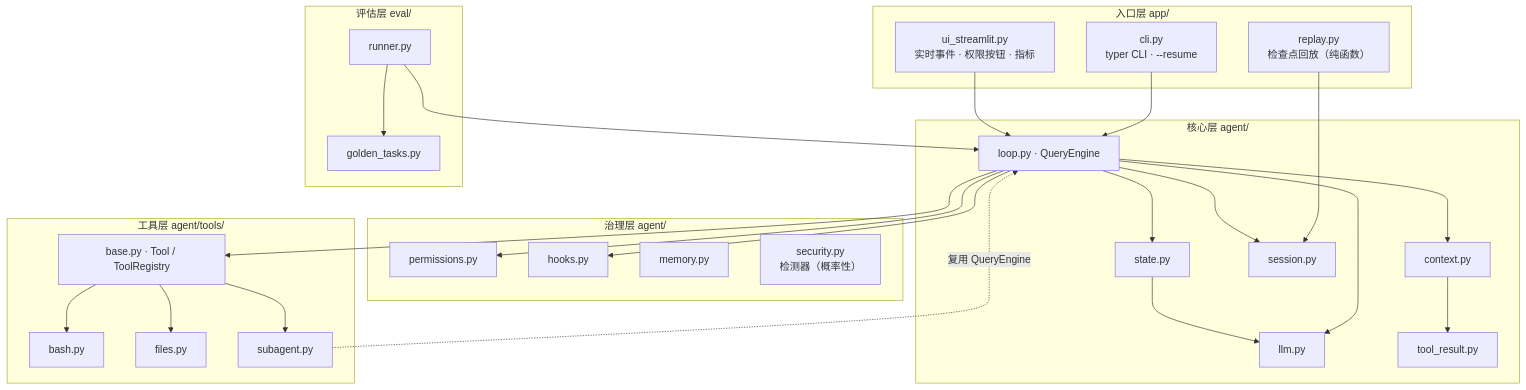
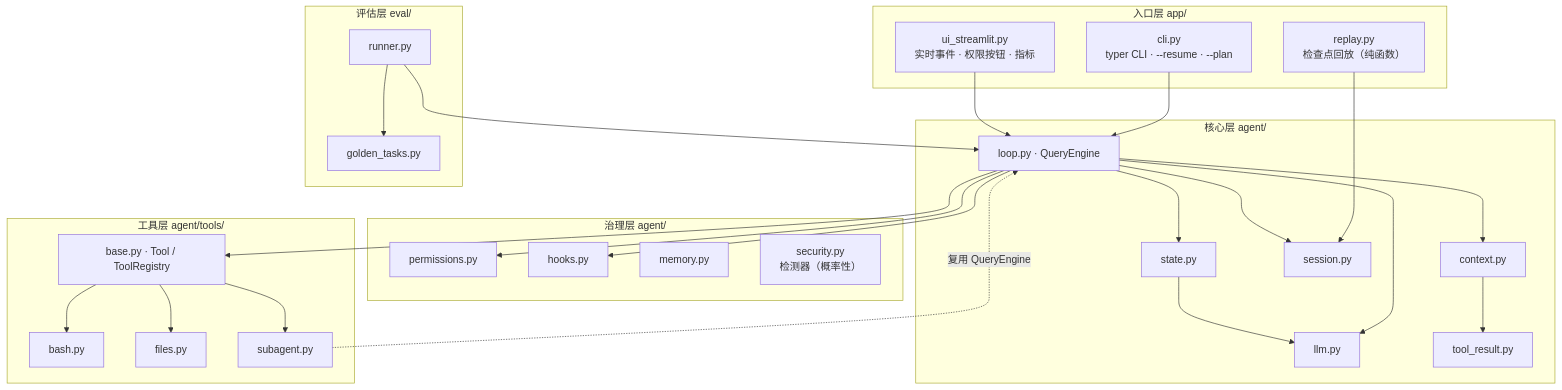
One commit to Goat-Donk/mini-coding changed the first of 8 diagrams in docs/architecture.md. Above: the diagram before and after it, drawn with Mermaid. The commit also changed other lines of this file and 7 other files, not shown here.

````diff
--- a/docs/architecture.md
+++ b/docs/architecture.md
@@ -16,55 +16,55 @@
 ```mermaid
 flowchart TB
     subgraph ENTRY["入口层 app/"]
-        CLI["cli.py<br/>typer CLI · --resume"]
+        CLI["cli.py<br/>typer CLI · --resume · --plan"]
         UI["ui_streamlit.py<br/>实时事件 · 权限按钮 · 指标"]
         RP["replay.py<br/>检查点回放（纯函数）"]
     end
 
     subgraph CORE["核心层 agent/"]
         LOOP["loop.py · QueryEngine"]
         LLM["llm.py"]
         STATE["state.py"]
         CTX["context.py"]
         TR["tool_result.py"]
         SESS["session.py"]
     end
 
     subgraph GOV["治理层 agent/"]
         PERM["permissions.py"]
         HOOK["hooks.py"]
         MEM["memory.py"]
         SEC["security.py<br/>检测器（概率性）"]
     end
 
     subgraph TOOLS["工具层 agent/tools/"]
         BASE["base.py · Tool / ToolRegistry"]
         BASH["bash.py"]
         FILES["files.py"]
         SUB["subagent.py"]
     end
 
     subgraph EVAL["评估层 eval/"]
         GT["golden_tasks.py"]
         RUN["runner.py"]
     end
 
     CLI --> LOOP
     UI --> LOOP
     RP --> SESS
     LOOP --> LLM
     LOOP --> STATE
     LOOP --> CTX
     LOOP --> SESS
     LOOP --> PERM
     LOOP --> HOOK
     LOOP --> BASE
     CTX --> TR
     STATE --> LLM
     BASE --> BASH
     BASE --> FILES
     BASE --> SUB
     SUB -. 复用 QueryEngine .-> LOOP
     RUN --> GT
     RUN --> LOOP
 ```
````
